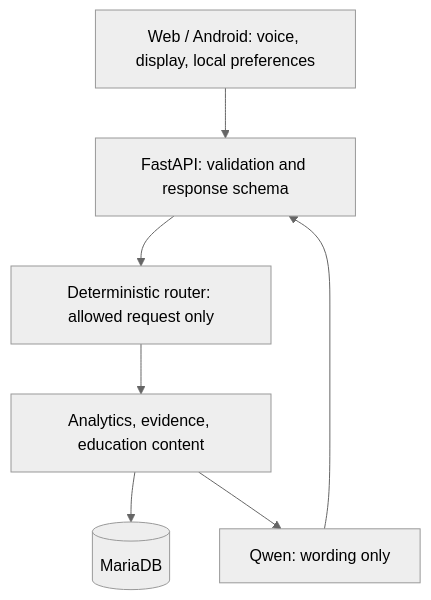
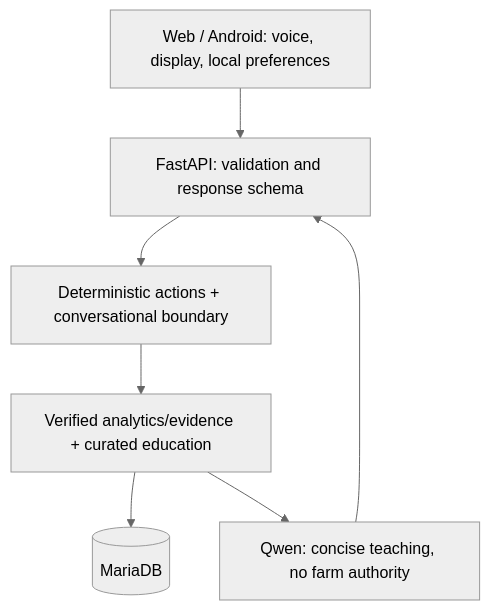
One commit to w0rmy/farmpi changed the diagram in docs/diagrams/layered-boundaries.mmd. Above: the diagram before and after it, drawn with Mermaid (neutral theme). The commit also changed 17 other files, not shown here.

Commit message:
Broaden FarmPi conversational learning boundaries

```diff
--- a/docs/diagrams/layered-boundaries.mmd
+++ b/docs/diagrams/layered-boundaries.mmd
@@ -1,9 +1,9 @@
 flowchart TB
   UI[Web / Android: voice, display, local preferences]
   API[FastAPI: validation and response schema]
-  ROUTE[Deterministic router: allowed request only]
-  DATA[Analytics, evidence, education content]
+  ROUTE[Deterministic actions + conversational boundary]
+  DATA[Verified analytics/evidence + curated education]
   DB[(MariaDB)]
   LLM[Qwen: wording only]
   UI --> API --> ROUTE --> DATA --> DB
-  DATA --> LLM --> API
+  DATA --> LLM[Qwen: concise teaching, no farm authority] --> API
```
